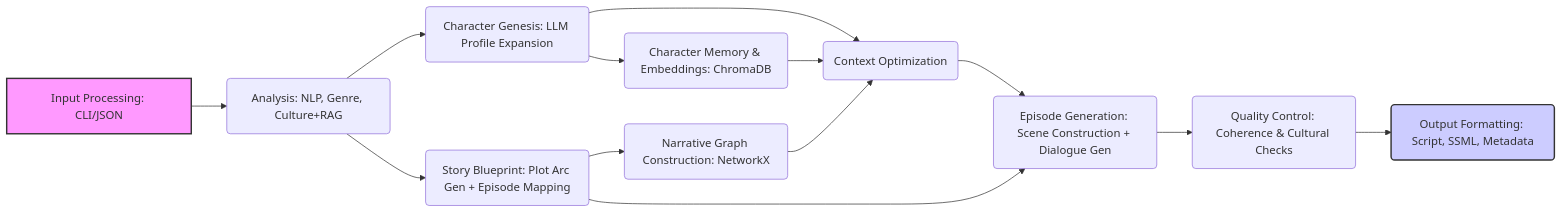
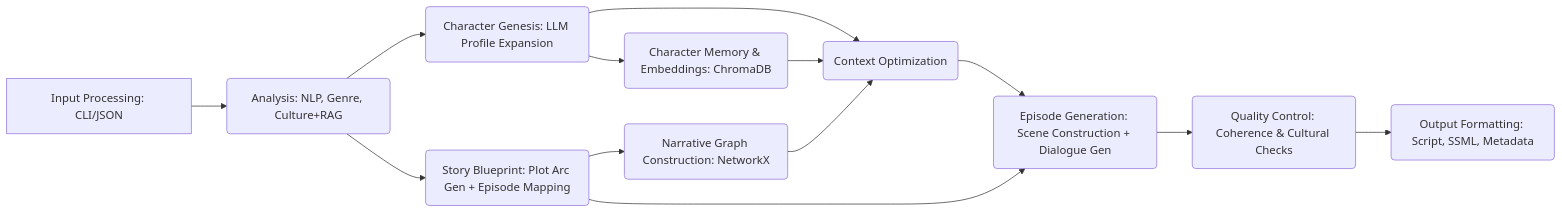
The diagram in README.md (Krishnaag23/narrative-core), drawn with Mermaid before and after one commit.

````diff
--- a/README.md
+++ b/README.md
@@ -45,15 +45,13 @@
 ```mermaid
 graph LR
     A[Input Processing: CLI/JSON] --> B(Analysis: NLP, Genre, Culture+RAG);
     B --> C(Character Genesis: LLM Profile Expansion);
     C --> D(Character Memory & Embeddings: ChromaDB);
     B --> E(Story Blueprint: Plot Arc Gen + Episode Mapping);
     E --> F(Narrative Graph Construction: NetworkX);
     C & D & F --> G(Context Optimization);
     G & E --> H(Episode Generation: Scene Construction + Dialogue Gen);
     H --> I(Quality Control: Coherence & Cultural Checks);
     I --> J(Output Formatting: Script, SSML, Metadata);
 
-    style A fill:#f9f,stroke:#333,stroke-width:2px
-    style J fill:#ccf,stroke:#333,stroke-width:2px
 ```
````
